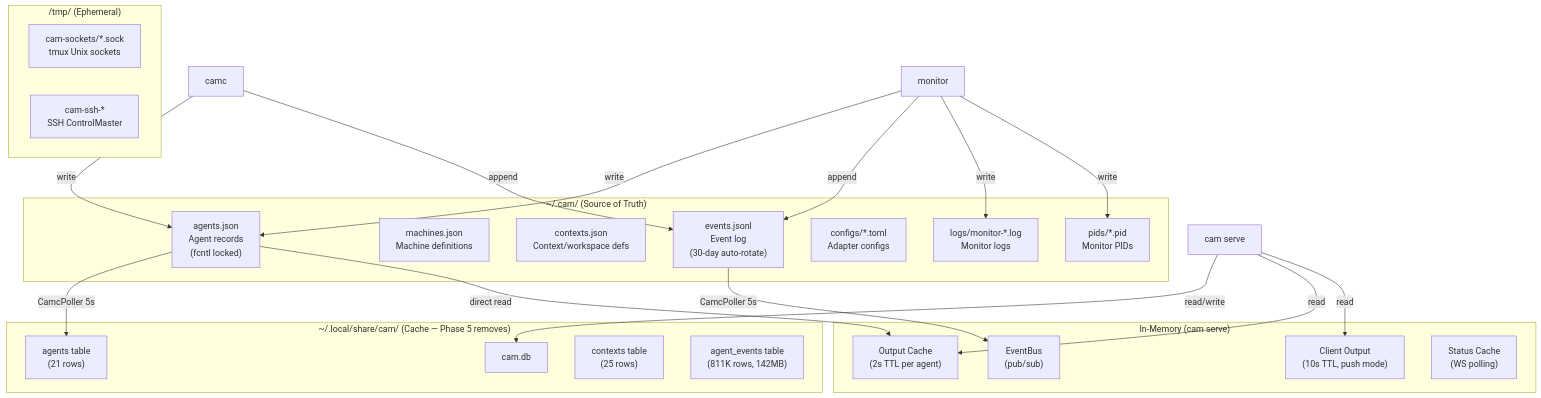
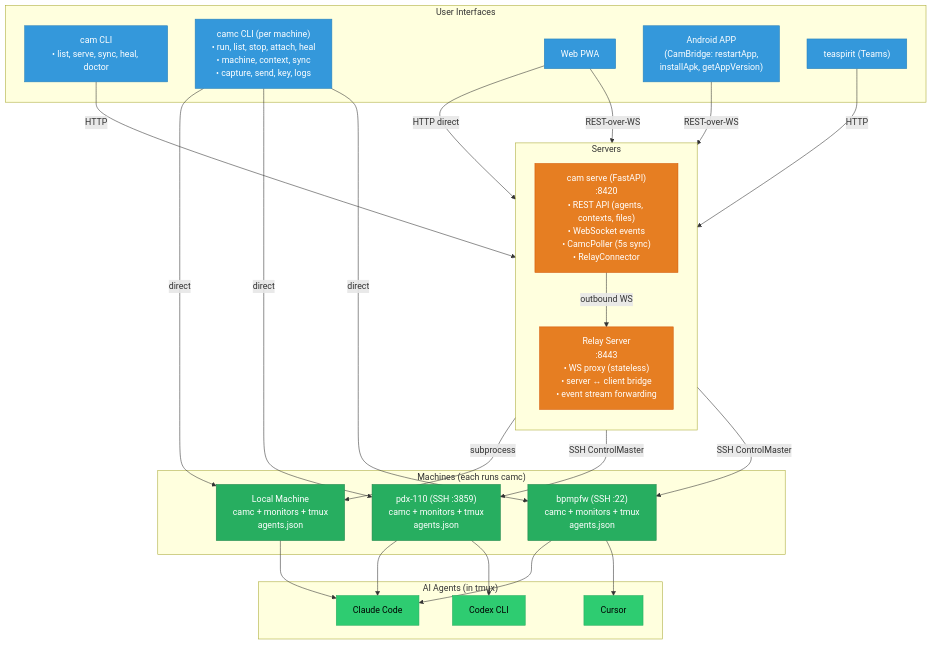
One commit to orlunix/cam changed the ninth of 9 diagrams in docs/architecture-mermaid.md. Above: the diagram before and after it, drawn with Mermaid. The commit also changed other lines of this file, not shown here.

First line of the commit message:
Rewrite Mermaid diagrams: deployment topology with multiple camc instances

````diff
--- a/docs/architecture-mermaid.md
+++ b/docs/architecture-mermaid.md
@@ -408,46 +505,65 @@
 ```mermaid
 graph TB
-    subgraph JSON["~/.cam/ (Source of Truth)"]
-        aj["agents.json<br/>Agent records<br/>(fcntl locked)"]
-        mj["machines.json<br/>Machine definitions"]
-        cj["contexts.json<br/>Context/workspace defs"]
-        ej["events.jsonl<br/>Event log<br/>(30-day auto-rotate)"]
-        toml["configs/*.toml<br/>Adapter configs"]
-        logs["logs/monitor-*.log<br/>Monitor logs"]
-        pids["pids/*.pid<br/>Monitor PIDs"]
+    subgraph Interfaces["User Interfaces"]
+        cam["cam CLI<br/>• list, serve, sync, heal, doctor"]
+        camc_cli["camc CLI (per machine)<br/>• run, list, stop, attach, heal<br/>• machine, context, sync<br/>• capture, send, key, logs"]
+        webapp["Web PWA"]
+        android["Android APP<br/>(CamBridge: restartApp,<br/>installApk, getAppVersion)"]
+        teams["teaspirit (Teams)"]
     end
 
-    subgraph SQLite["~/.local/share/cam/ (Cache — Phase 5 removes)"]
-        db["cam.db"]
-        tbl_agents["agents table<br/>(21 rows)"]
-        tbl_contexts["contexts table<br/>(25 rows)"]
-        tbl_events["agent_events table<br/>(811K rows, 142MB)"]
+    subgraph Servers["Servers"]
+        direction TB
+        camserve["cam serve (FastAPI)<br/>:8420<br/>• REST API (agents, contexts, files)<br/>• WebSocket events<br/>• CamcPoller (5s sync)<br/>• RelayConnector"]
+        relay["Relay Server<br/>:8443<br/>• WS proxy (stateless)<br/>• server ↔ client bridge<br/>• event stream forwarding"]
     end
 
-    subgraph Tmp["/tmp/ (Ephemeral)"]
-        socks["cam-sockets/*.sock<br/>tmux Unix sockets"]
-        sshsocks["cam-ssh-*<br/>SSH ControlMaster"]
+    subgraph Machines["Machines (each runs camc)"]
+        m_local["Local Machine<br/>camc + monitors + tmux<br/>agents.json"]
+        m_pdx["pdx-110 (SSH :3859)<br/>camc + monitors + tmux<br/>agents.json"]
+        m_bpmp["bpmpfw (SSH :22)<br/>camc + monitors + tmux<br/>agents.json"]
     end
 
-    subgraph Memory["In-Memory (cam serve)"]
-        outcache["Output Cache<br/>(2s TTL per agent)"]
-        clientout["Client Output<br/>(10s TTL, push mode)"]
-        eventbus["EventBus<br/>(pub/sub)"]
-        statuscache["Status Cache<br/>(WS polling)"]
+    subgraph Agents["AI Agents (in tmux)"]
+        a_claude["Claude Code"]
+        a_codex["Codex CLI"]
+        a_cursor["Cursor"]
     end
 
-    aj -->|"CamcPoller 5s"| tbl_agents
-    ej -->|"CamcPoller 5s"| eventbus
-    aj -->|"direct read"| outcache
+    %% Interface → Server
+    cam -->|"HTTP"| camserve
+    teams -->|"HTTP"| camserve
+    webapp -->|"HTTP direct"| camserve
+    webapp -->|"REST-over-WS"| relay
+    android -->|"REST-over-WS"| relay
 
-    camc["camc"] -->|"write"| aj
-    camc -->|"append"| ej
-    monitor["monitor"] -->|"write"| aj
-    monitor -->|"append"| ej
-    monitor -->|"write"| logs
-    monitor -->|"write"| pids
+    %% Server ↔ Relay
+    camserve -->|"outbound WS"| relay
 
-    camserve["cam serve"] -->|"read/write"| db
-    camserve -->|"read"| outcache
-    camserve -->|"read"| clientout
+    %% Server → Machines
+    camserve -->|"subprocess"| m_local
+    camserve -->|"SSH ControlMaster"| m_pdx
+    camserve -->|"SSH ControlMaster"| m_bpmp
+
+    %% camc CLI direct access
+    camc_cli -->|"direct"| m_local
+    camc_cli -->|"direct"| m_pdx
+    camc_cli -->|"direct"| m_bpmp
+
+    %% Machines → Agents
+    m_local --> a_claude
+    m_pdx --> a_claude
+    m_pdx --> a_codex
+    m_bpmp --> a_claude
+    m_bpmp --> a_cursor
+
+    classDef iface fill:#3498db,stroke:#2980b9,color:#fff
+    classDef server fill:#e67e22,stroke:#d35400,color:#fff
+    classDef machine fill:#27ae60,stroke:#1e8449,color:#fff
+    classDef agent fill:#2ecc71,stroke:#27ae60,color:#000
+
+    class cam,camc_cli,webapp,android,teams iface
+    class camserve,relay server
+    class m_local,m_pdx,m_bpmp machine
+    class a_claude,a_codex,a_cursor agent
 ```
````
